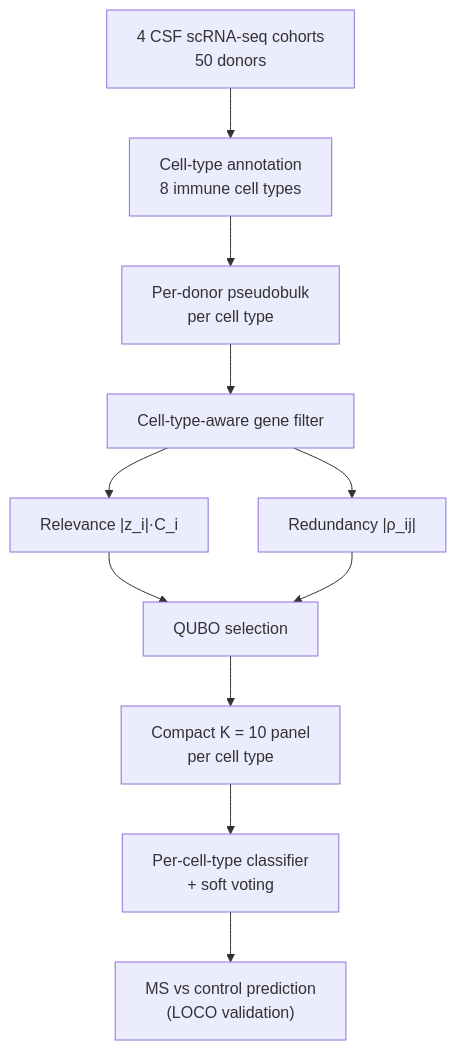
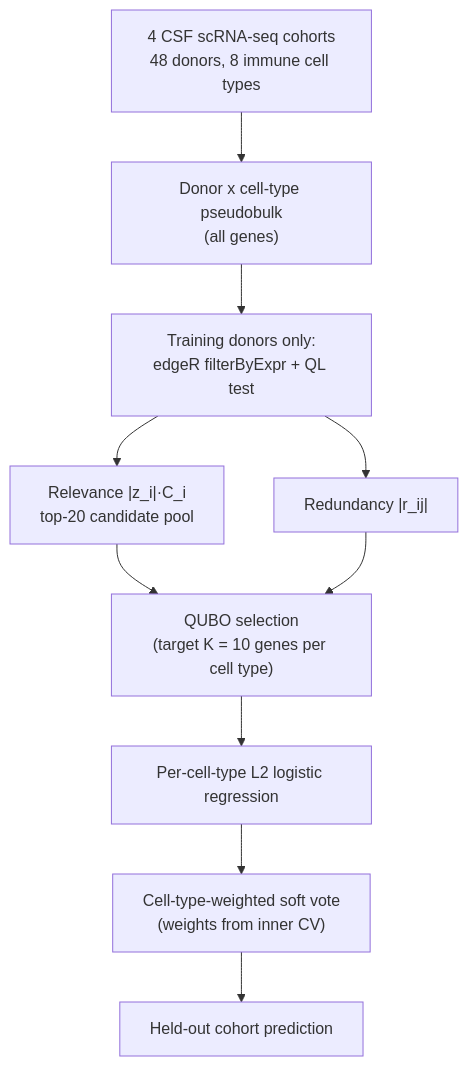
Before and after one commit to christina-18/qubofs: the diagram in README.md, drawn with Mermaid. The commit also changed other lines of this file and 110 other files, not shown here.

Commit message:
Release v0.2.0: revised analysis (nested CV, edgeR relevance, exact solver, sensitivity analyses)

````diff
--- a/README.md
+++ b/README.md
@@ -11,13 +20,12 @@
 ```mermaid
 flowchart TD
-    A["4 CSF scRNA-seq cohorts<br/>50 donors"] --> B["Cell-type annotation<br/>8 immune cell types"]
-    B --> C["Per-donor pseudobulk<br/>per cell type"]
-    C --> D["Cell-type-aware gene filter"]
-    D --> E["Relevance |z_i|·C_i"]
-    D --> F["Redundancy |ρ_ij|"]
-    E --> G["QUBO selection"]
-    F --> G
-    G --> H["Compact K = 10 panel<br/>per cell type"]
-    H --> I["Per-cell-type classifier<br/>+ soft voting"]
-    I --> J["MS vs control prediction<br/>(LOCO validation)"]
+    A["4 CSF scRNA-seq cohorts<br/>48 donors, 8 immune cell types"] --> B["Donor x cell-type pseudobulk<br/>(all genes)"]
+    B --> C["Training donors only:<br/>edgeR filterByExpr + QL test"]
+    C --> D["Relevance |z_i|·C_i<br/>top-20 candidate pool"]
+    C --> E["Redundancy |r_ij|"]
+    D --> F["QUBO selection<br/>(target K = 10 genes per cell type)"]
+    E --> F
+    F --> G["Per-cell-type L2 logistic regression"]
+    G --> H["Cell-type-weighted soft vote<br/>(weights from inner CV)"]
+    H --> I["Held-out cohort prediction"]
 ```
````
